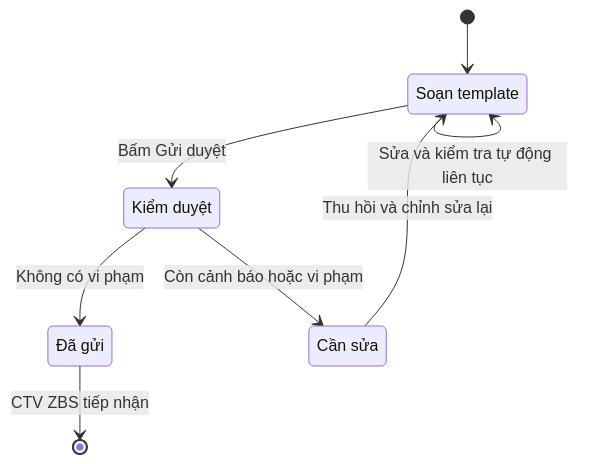
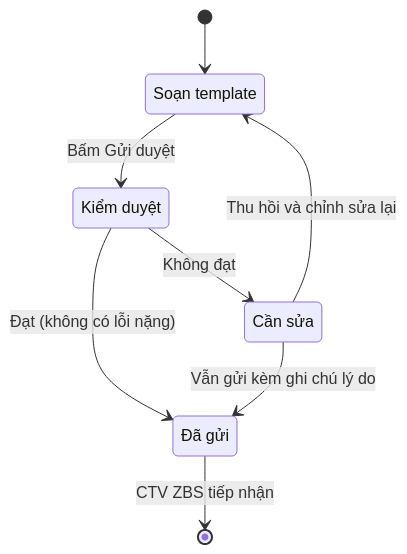
One commit to hwinhwork-dot/zbs-studio changed the third of 3 diagrams in README.md. Above: the diagram before and after it, drawn with Mermaid. The commit also changed other lines of this file, not shown here.

````diff
--- a/README.md
+++ b/README.md
@@ -111,14 +108,18 @@
 ```mermaid
 stateDiagram-v2
-    [*] --> Soan
     Soan: Soạn template
     KiemDuyet: Kiểm duyệt
+    CanSua: Cần sửa
     DaGui: Đã gửi
-    CanSua: Cần sửa
-    Soan --> Soan: Sửa và kiểm tra tự động liên tục
+    
+    [*] --> Soan
     Soan --> KiemDuyet: Bấm Gửi duyệt
-    KiemDuyet --> DaGui: Không có vi phạm
-    KiemDuyet --> CanSua: Còn cảnh báo hoặc vi phạm
+    
+    %% Bổ sung mũi tên này để hệ thống hiểu 'Cần sửa' là bước đi sau:
+    KiemDuyet --> CanSua: Không đạt 
+    
+    KiemDuyet --> DaGui: Đạt (không có lỗi nặng)
+    CanSua --> Soan: Thu hồi và chỉnh sửa lại
+    CanSua --> DaGui: Vẫn gửi kèm ghi chú lý do
     DaGui --> [*]: CTV ZBS tiếp nhận
-    CanSua --> Soan: Thu hồi và chỉnh sửa lại
 ```
````
